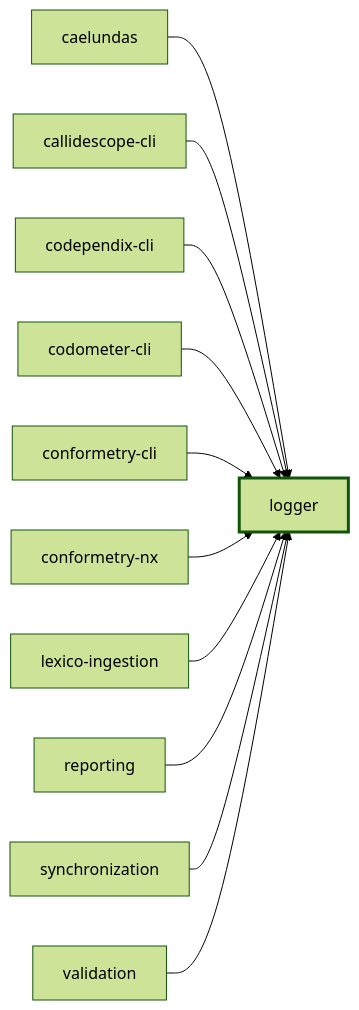
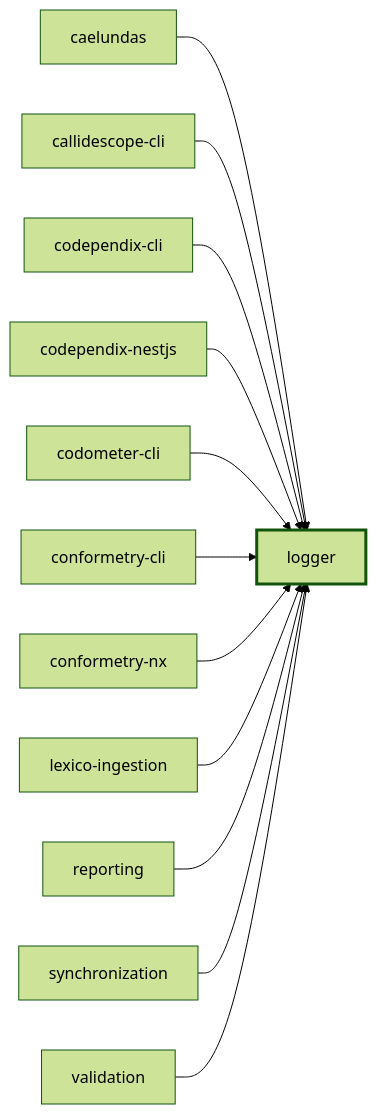
The first of 2 diagrams in packages/logger/README.md (JimmyPaolini/codebase), drawn with Mermaid (forest theme) before and after one commit. The commit also changed 45 other files, not shown here.

Commit message:
feat(codependix): ✨ add nestjs module graph export to codependix

````diff
--- a/packages/logger/README.md
+++ b/packages/logger/README.md
@@ -77,26 +77,28 @@
 ```mermaid
 flowchart LR
   caelundas["caelundas"]
   callidescope_cli["callidescope-cli"]
   codependix_cli["codependix-cli"]
+  codependix_nestjs["codependix-nestjs"]
   codometer_cli["codometer-cli"]
   conformetry_cli["conformetry-cli"]
   conformetry_nx["conformetry-nx"]
   lexico_ingestion["lexico-ingestion"]
   logger["logger"]
   reporting["reporting"]
   synchronization["synchronization"]
   validation["validation"]
   caelundas --> logger
   callidescope_cli --> logger
   codependix_cli --> logger
+  codependix_nestjs --> logger
   codometer_cli --> logger
   conformetry_cli --> logger
   conformetry_nx --> logger
   lexico_ingestion --> logger
   reporting --> logger
   synchronization --> logger
   validation --> logger
   classDef subject stroke-width:3px
   class logger subject
 ```
````
